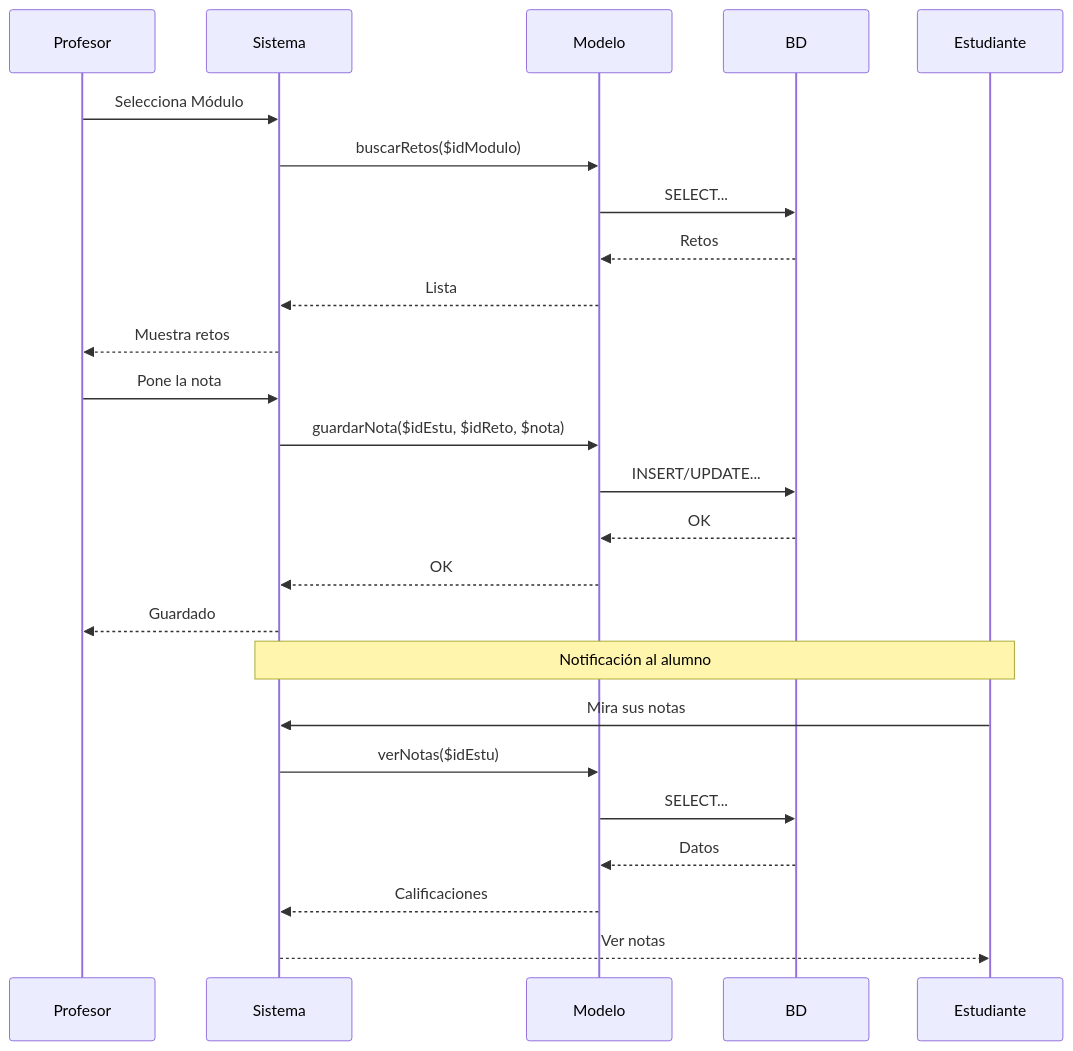
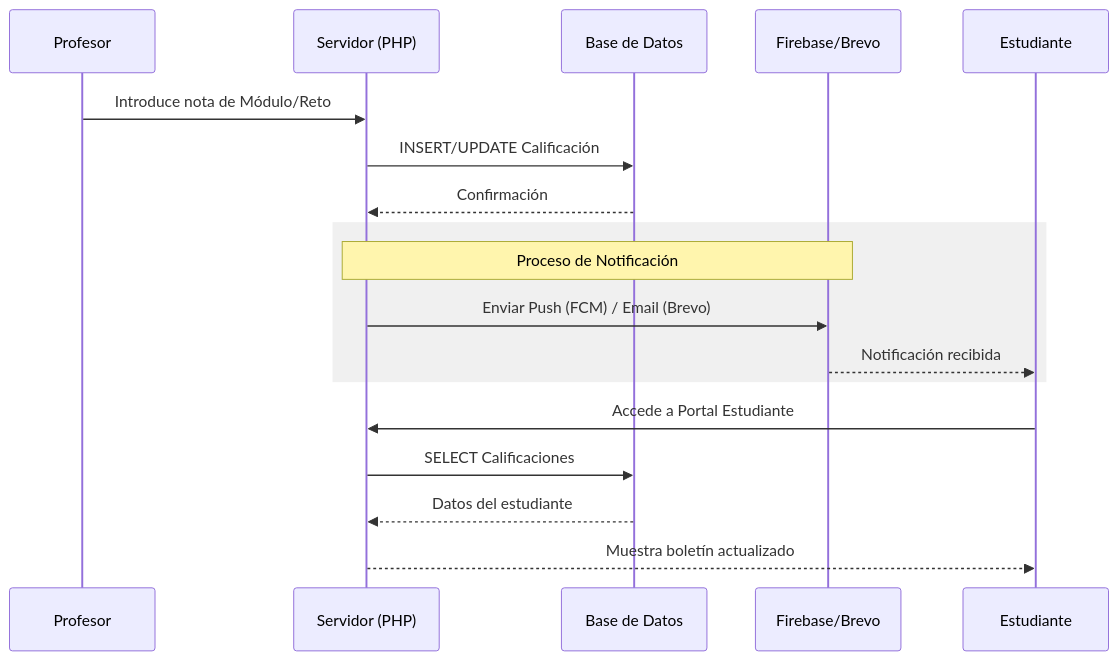
One commit to yassinlahhit95/pfc changed the second of 2 diagrams in diagramas.md. Above: the diagram before and after it, drawn with Mermaid. The commit also changed other lines of this file and 10 other files, not shown here.

````diff
--- a/diagramas.md
+++ b/diagramas.md
@@ -154,30 +173,23 @@
 ```mermaid
 sequenceDiagram
     participant P as Profesor
-    participant S as Sistema
-    participant M as Modelo
-    participant B as BD
+    participant S as Servidor (PHP)
+    participant B as Base de Datos
+    participant F as Firebase/Brevo
     participant E as Estudiante
 
-    P->>S: Selecciona Módulo
-    S->>M: buscarRetos($idModulo)
-    M->>B: SELECT...
-    B-->>M: Retos
-    M-->>S: Lista
-    S-->>P: Muestra retos
+    P->>S: Introduce nota de Módulo/Reto
+    S->>B: INSERT/UPDATE Calificación
+    B-->>S: Confirmación
+    
+    rect rgb(240, 240, 240)
+    Note over S,F: Proceso de Notificación
+    S->>F: Enviar Push (FCM) / Email (Brevo)
+    F-->>E: Notificación recibida
+    end
 
-    P->>S: Pone la nota
-    S->>M: guardarNota($idEstu, $idReto, $nota)
-    M->>B: INSERT/UPDATE...
-    B-->>M: OK
-    M-->>S: OK
-    S-->>P: Guardado
-
-    Note over S,E: Notificación al alumno
-    E->>S: Mira sus notas
-    S->>M: verNotas($idEstu)
-    M->>B: SELECT...
-    B-->>M: Datos
-    M-->>S: Calificaciones
-    S-->>E: Ver notas
+    E->>S: Accede a Portal Estudiante
+    S->>B: SELECT Calificaciones
+    B-->>S: Datos del estudiante
+    S-->>E: Muestra boletín actualizado
 ```
````
